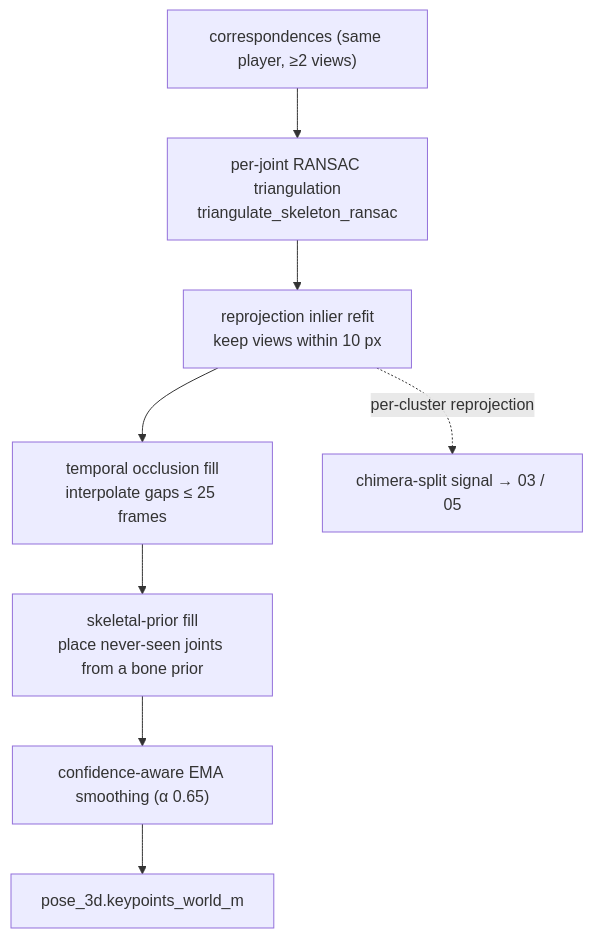
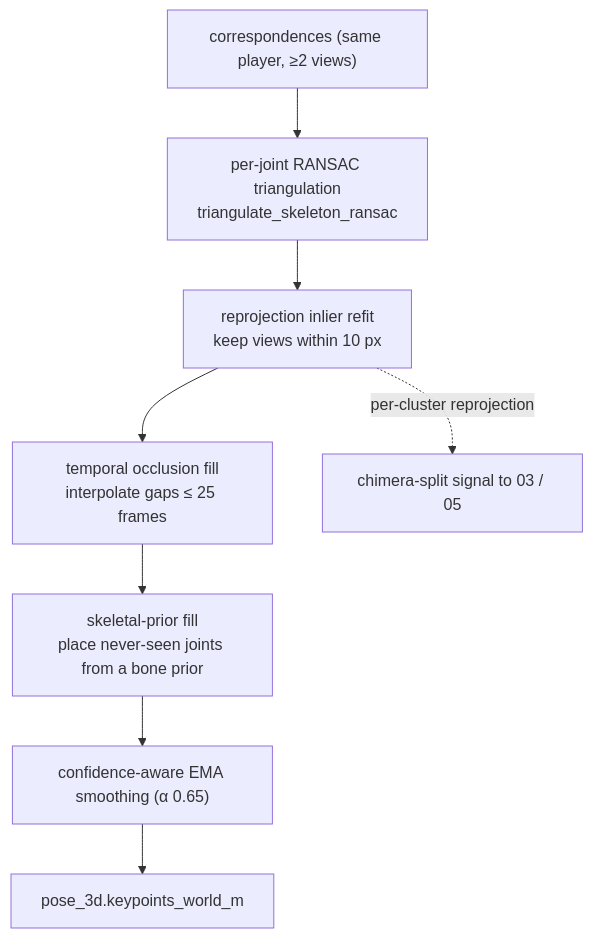
Before and after one commit to aksh-0407/pipetrack: the diagram in docs/pipeline/04-lift.md, drawn with Mermaid. The commit also changed other lines of this file and 65 other files, not shown here.

````diff
--- a/docs/pipeline/04-lift.md
+++ b/docs/pipeline/04-lift.md
@@ -39,10 +39,10 @@
 ```mermaid
 flowchart TD
   C["correspondences (same player, ≥2 views)"] --> T["per-joint RANSAC triangulation<br/>triangulate_skeleton_ransac"]
   T --> R["reprojection inlier refit<br/>keep views within 10 px"]
   R --> F["temporal occlusion fill<br/>interpolate gaps ≤ 25 frames"]
   F --> S["skeletal-prior fill<br/>place never-seen joints from a bone prior"]
   S --> E["confidence-aware EMA smoothing (α 0.65)"]
   E --> OUT["pose_3d.keypoints_world_m"]
-  R -. per-cluster reprojection .-> SPLIT["chimera-split signal → 03 / 05"]
+  R -. per-cluster reprojection .-> SPLIT["chimera-split signal to 03 / 05"]
 ```
````
